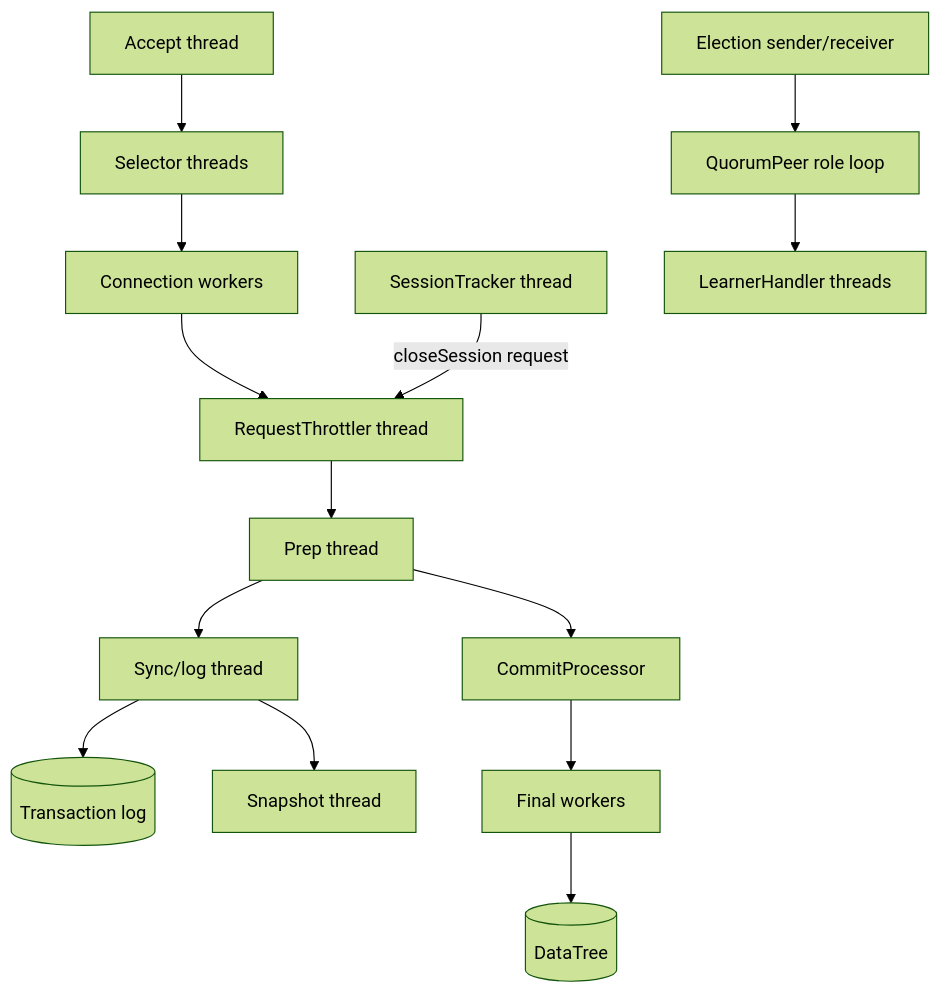
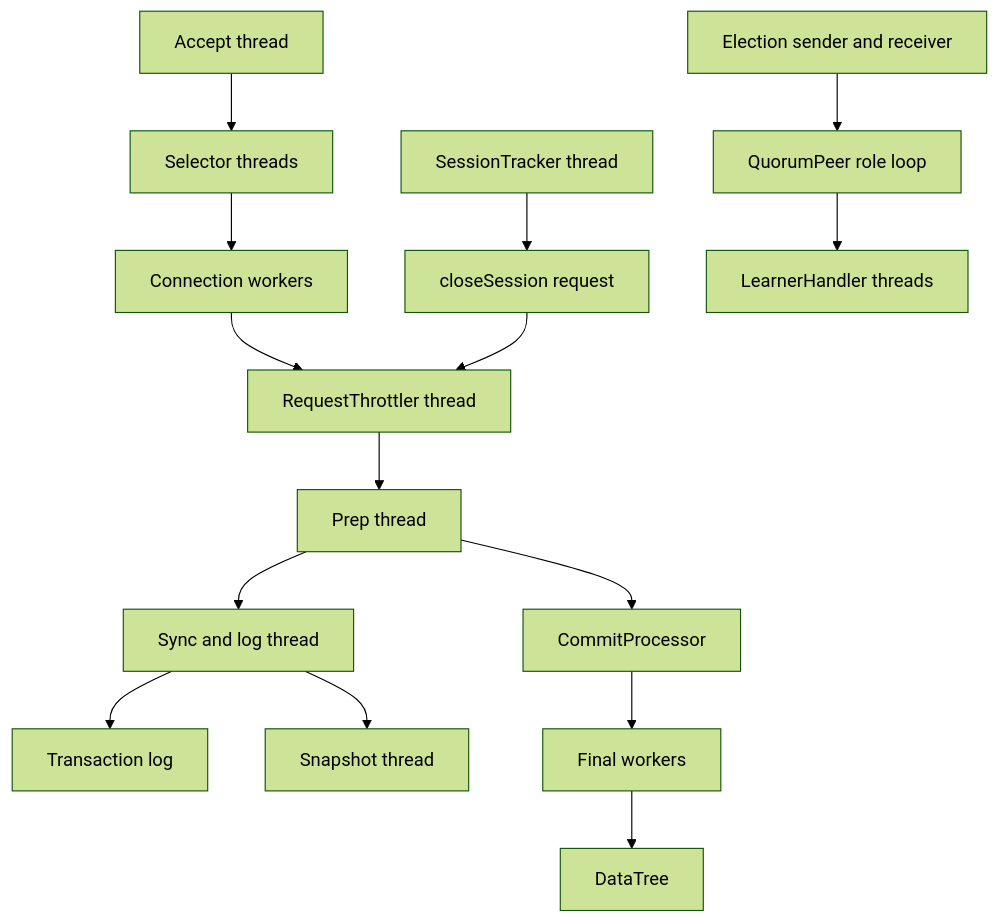
One commit to harshvsingh8/dsys changed diagram 11 of 11 in explore/zookeeper/SERVER_ARCHITECTURE.md. Above: the diagram before and after it, drawn with Mermaid (forest theme). The commit also changed other lines of this file, not shown here.

First line of the commit message:
Fix GitHub Mermaid diagram rendering

````diff
--- a/explore/zookeeper/SERVER_ARCHITECTURE.md
+++ b/explore/zookeeper/SERVER_ARCHITECTURE.md
@@ -710,19 +685,17 @@
 ```mermaid
-flowchart TB
-    Accept[Accept thread] --> Select[Selector threads]
-    Select --> Workers[Connection workers]
-    Workers --> Throttle[RequestThrottler thread]
-    Throttle --> Prep[Prep thread]
-
-    Prep --> Sync[Sync/log thread]
-    Sync --> Disk[(Transaction log)]
-    Sync --> Snapshot[Snapshot thread]
-
-    Prep --> Commit[CommitProcessor]
-    Commit --> Final[Final workers]
-    Final --> Tree[(DataTree)]
-
-    Sessions[SessionTracker thread] -->|closeSession request| Throttle
-    Election[Election sender/receiver] --> Peer[QuorumPeer role loop]
-    Peer --> Learners[LearnerHandler threads]
+graph TB;
+    Accept["Accept thread"] --> Select["Selector threads"];
+    Select --> Workers["Connection workers"];
+    Workers --> Throttle["RequestThrottler thread"];
+    Throttle --> Prep["Prep thread"];
+    Prep --> Sync["Sync and log thread"];
+    Sync --> Disk["Transaction log"];
+    Sync --> Snapshot["Snapshot thread"];
+    Prep --> Commit["CommitProcessor"];
+    Commit --> Final["Final workers"];
+    Final --> Tree["DataTree"];
+    Sessions["SessionTracker thread"] --> CloseSession["closeSession request"];
+    CloseSession --> Throttle;
+    Election["Election sender and receiver"] --> Peer["QuorumPeer role loop"];
+    Peer --> Learners["LearnerHandler threads"];
 ```
````
